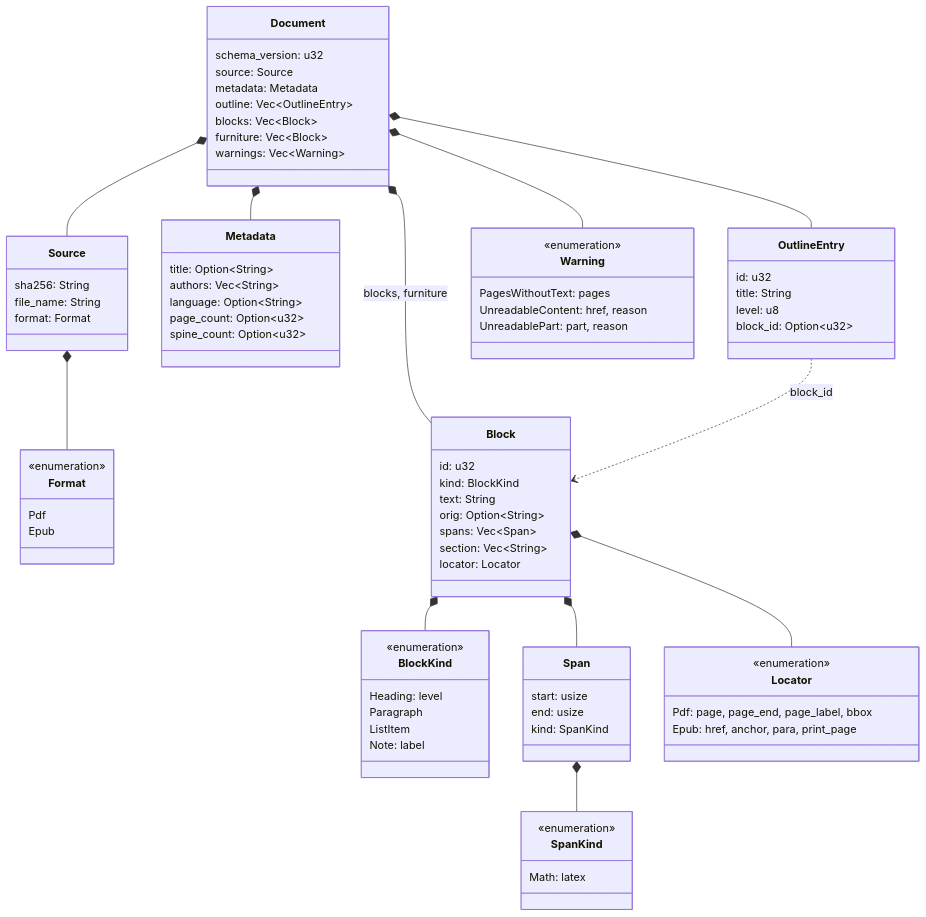
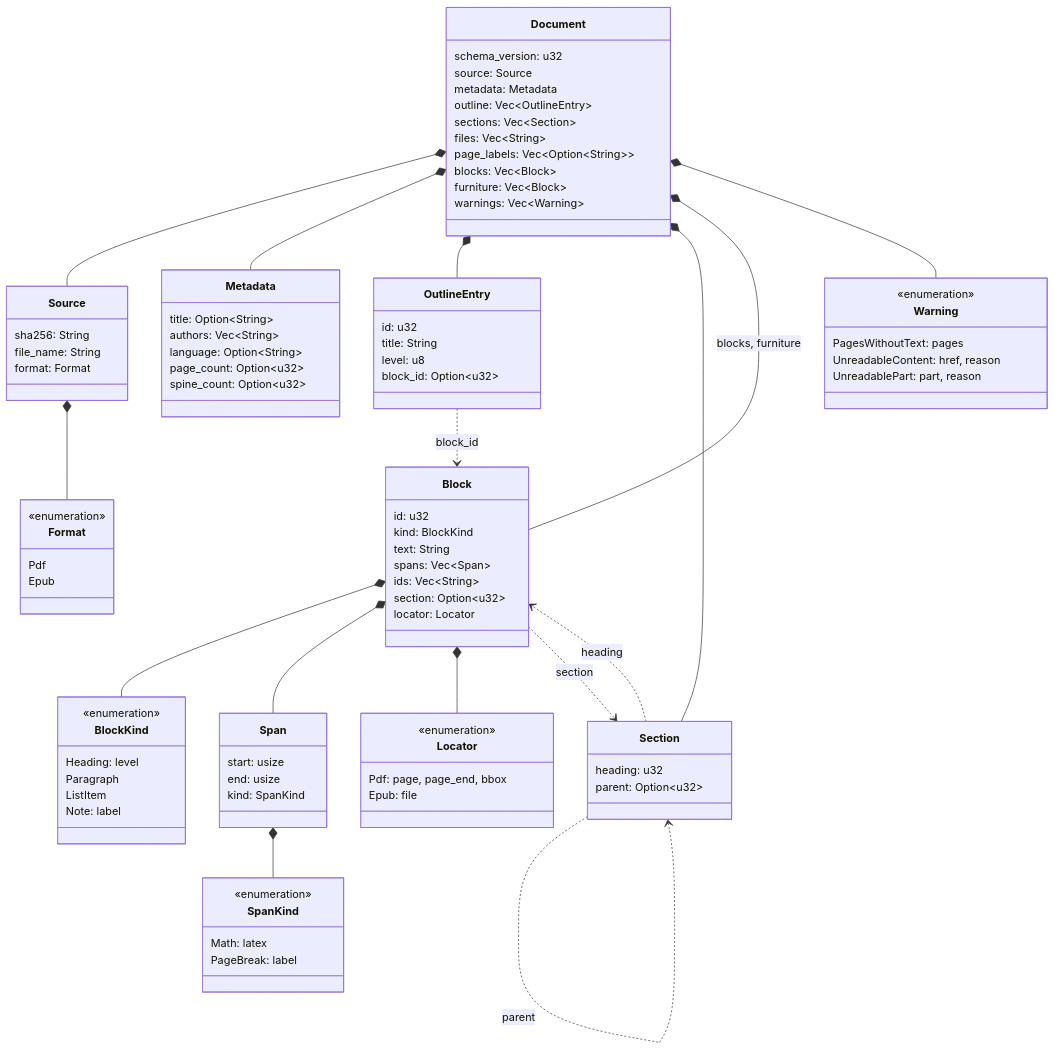
One commit to AhmedKishki/ebook-hero changed the second of 2 diagrams in docs/document-model.md. Above: the diagram before and after it, drawn with Mermaid. The commit also changed other lines of this file and 17 other files, not shown here.

````diff
--- a/docs/document-model.md
+++ b/docs/document-model.md
@@ -30,6 +32,9 @@
         source: Source
         metadata: Metadata
         outline: Vec~OutlineEntry~
+        sections: Vec~Section~
+        files: Vec~String~
+        page_labels: Vec~Option~String~~
         blocks: Vec~Block~
         furniture: Vec~Block~
         warnings: Vec~Warning~
@@ -57,13 +62,17 @@
         level: u8
         block_id: Option~u32~
     }
+    class Section {
+        heading: u32
+        parent: Option~u32~
+    }
     class Block {
         id: u32
         kind: BlockKind
         text: String
-        orig: Option~String~
         spans: Vec~Span~
-        section: Vec~String~
+        ids: Vec~String~
+        section: Option~u32~
         locator: Locator
     }
     class BlockKind {
@@ -81,11 +90,12 @@
     class SpanKind {
         <<enumeration>>
         Math: latex
+        PageBreak: label
     }
     class Locator {
         <<enumeration>>
-        Pdf: page, page_end, page_label, bbox
-        Epub: href, anchor, para, print_page
+        Pdf: page, page_end, bbox
+        Epub: file
     }
     class Warning {
         <<enumeration>>
@@ -97,6 +107,7 @@
     Source *-- Format
     Document *-- Metadata
     Document *-- OutlineEntry
+    Document *-- Section
     Document *-- Block : blocks, furniture
     Document *-- Warning
     Block *-- BlockKind
@@ -104,4 +115,7 @@
     Block *-- Locator
     Span *-- SpanKind
     OutlineEntry ..> Block : block_id
+    Section ..> Block : heading
+    Section ..> Section : parent
+    Block ..> Section : section
 ```
````
